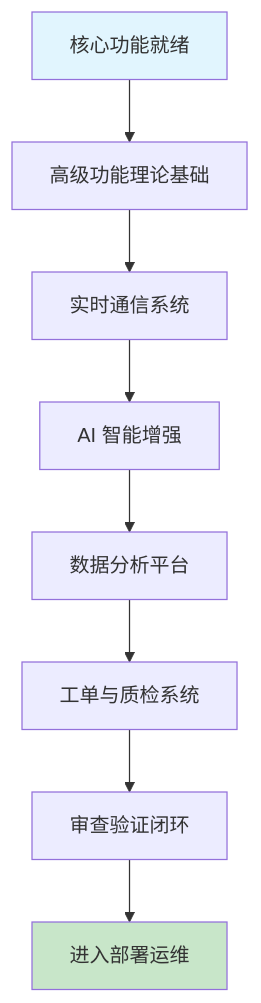
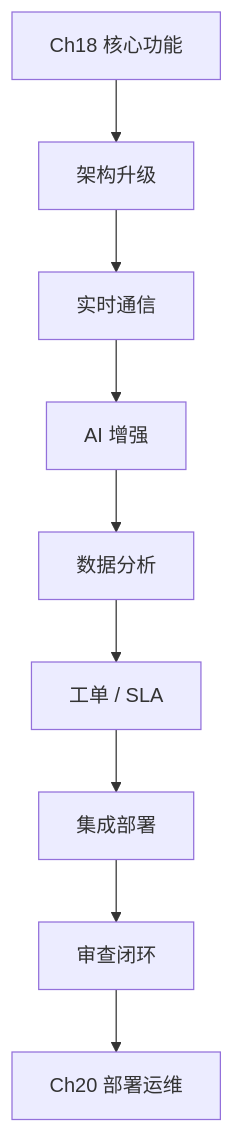
Before and after one commit to ForceInjection/AI-fundamentals: the diagram in 10_ai_related_course/trae/第五部分-综合项目实战/第十九章-高级功能实现.md, drawn with Mermaid. The commit also changed other lines of this file and 3 other files, not shown here.

````diff
--- a/10_ai_related_course/trae/第五部分-综合项目实战/第十九章-高级功能实现.md
+++ b/10_ai_related_course/trae/第五部分-综合项目实战/第十九章-高级功能实现.md
@@ -9,13 +9,11 @@
 ```mermaid
 graph TD
-    A[核心功能就绪] --> B[高级功能理论基础]
-    B --> C[实时通信系统]
-    C --> D[AI 智能增强]
-    D --> E[数据分析平台]
-    E --> F[工单与质检系统]
-    F --> G[审查验证闭环]
-    G --> H[进入部署运维]
-
-    style A fill:#e1f5fe
-    style H fill:#c8e6c9
+    A[Ch18 核心功能] --> B[架构升级]
+    B --> C[实时通信]
+    C --> D[AI 增强]
+    D --> E[数据分析]
+    E --> F["工单 / SLA"]
+    F --> G[集成部署]
+    G --> H[审查闭环]
+    H --> I[Ch20 部署运维]
 ```
````
